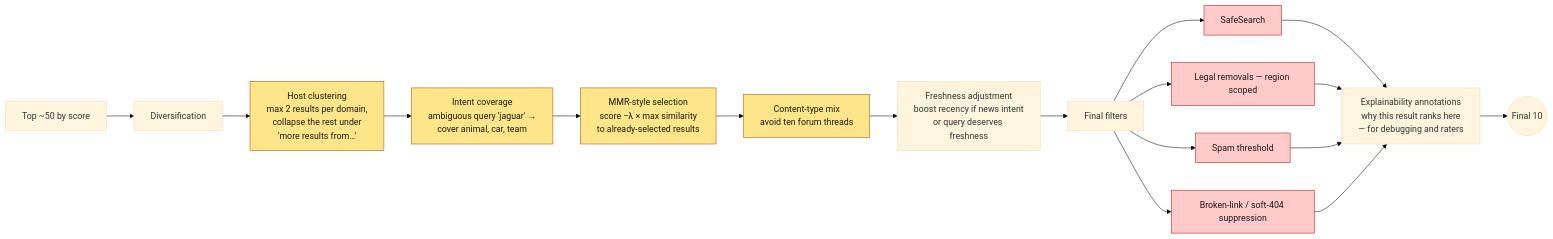
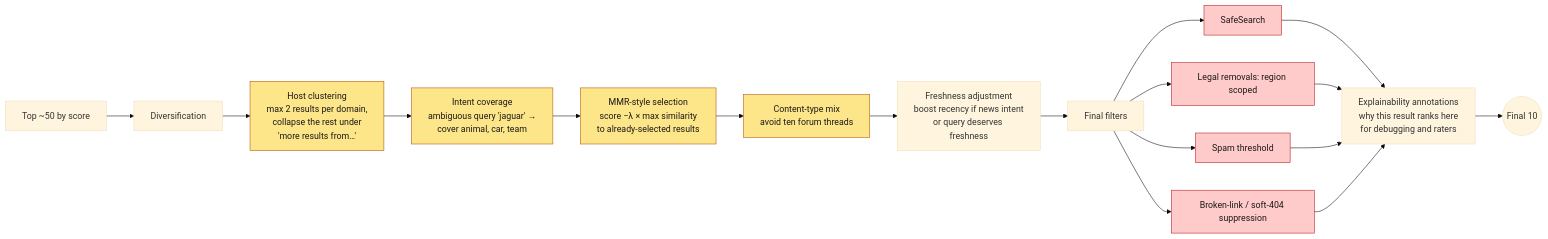
One commit to ahmedselimmansor-ctrl/google-search-system-design changed the seventh of 7 diagrams in docs/en/08-ranking.md. Above: the diagram before and after it, drawn with Mermaid (base theme). The commit also changed other lines of this file and 89 other files, not shown here.

````diff
--- a/docs/en/08-ranking.md
+++ b/docs/en/08-ranking.md
@@ -407,26 +407,26 @@
 ```mermaid
 flowchart LR
     IN["Top ~50 by score"] --> DIV["Diversification"]
 
     DIV --> D1["Host clustering<br/>max 2 results per domain,<br/>collapse the rest under<br/>'more results from…'"]
     D1 --> D2["Intent coverage<br/>ambiguous query 'jaguar' →<br/>cover animal, car, team"]
     D2 --> D3["MMR-style selection<br/>score −λ × max similarity<br/>to already-selected results"]
     D3 --> D4["Content-type mix<br/>avoid ten forum threads"]
 
     D4 --> FRESH["Freshness adjustment<br/>boost recency if news intent<br/>or query deserves freshness"]
 
     FRESH --> FILT["Final filters"]
     FILT --> F1["SafeSearch"]
-    FILT --> F2["Legal removals — region scoped"]
+    FILT --> F2["Legal removals: region scoped"]
     FILT --> F3["Spam threshold"]
     FILT --> F4["Broken-link / soft-404 suppression"]
 
-    F1 & F2 & F3 & F4 --> WHY["Explainability annotations<br/>why this result ranks here<br/>— for debugging and raters"]
+    F1 & F2 & F3 & F4 --> WHY["Explainability annotations<br/>why this result ranks here<br/>for debugging and raters"]
 
     WHY --> OUT(("Final 10"))
 
     classDef div fill:#fde68a,stroke:#b45309,color:#1c1917
     classDef filt fill:#fecaca,stroke:#b91c1c,color:#1c1917
     class D1,D2,D3,D4 div
     class F1,F2,F3,F4 filt
 ```
````
